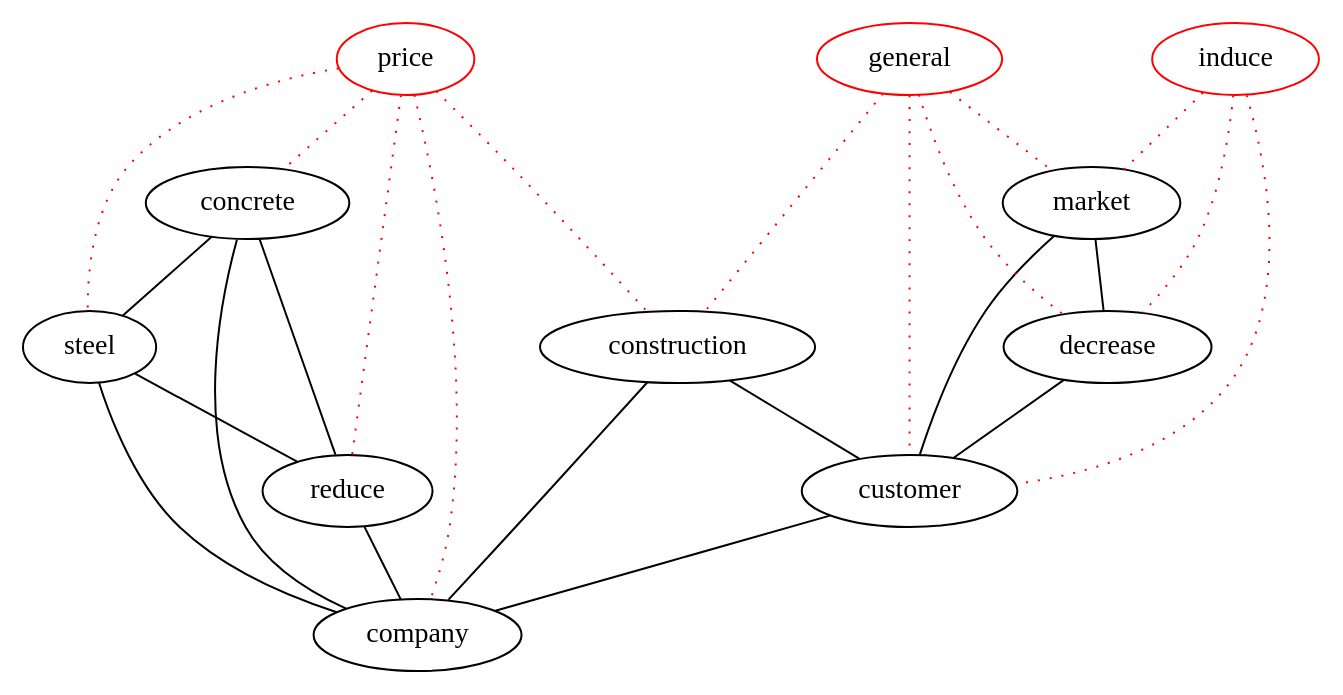
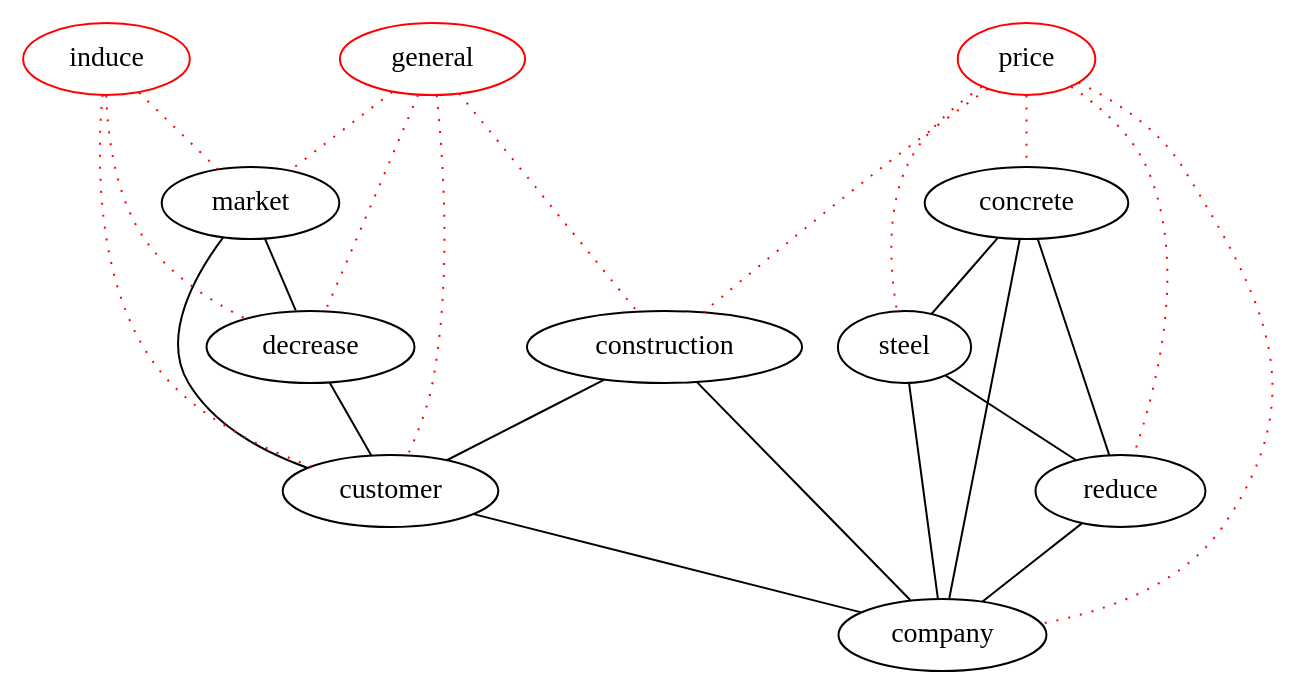
One commit to michaelweiss/keygraph changed the diagram in dot/d2.dot. Above: the diagram before and after it, drawn with Graphviz. The commit also changed other lines of this file and 3 other files, not shown here.

```diff
--- a/dot/d2.dot
+++ b/dot/d2.dot
@@ -1,38 +1,38 @@
 graph keygraph {
 graph [size="10,10"]
 concrete [color="black"]
 construction [color="black"]
+customer [color="black"]
 market [color="black"]
-reduce [color="black"]
-decrease [color="black"]
-customer [color="black"]
 steel [color="black"]
 company [color="black"]
-general [color="red"]
+decrease [color="black"]
+reduce [color="black"]
 induce [color="red"]
 price [color="red"]
+general [color="red"]
 construction--customer
 construction--company
 concrete--reduce
 steel--reduce
 customer--company
 market--decrease
 market--customer
 decrease--customer
 concrete--steel
 concrete--company
 steel--company
 reduce--company
+induce--customer [color="red", style="dotted"]
 induce--market [color="red", style="dotted"]
 induce--decrease [color="red", style="dotted"]
-induce--customer [color="red", style="dotted"]
 general--construction [color="red", style="dotted"]
+general--customer [color="red", style="dotted"]
 general--market [color="red", style="dotted"]
 general--decrease [color="red", style="dotted"]
-general--customer [color="red", style="dotted"]
 price--concrete [color="red", style="dotted"]
 price--construction [color="red", style="dotted"]
-price--reduce [color="red", style="dotted"]
 price--steel [color="red", style="dotted"]
 price--company [color="red", style="dotted"]
+price--reduce [color="red", style="dotted"]
 }
```
